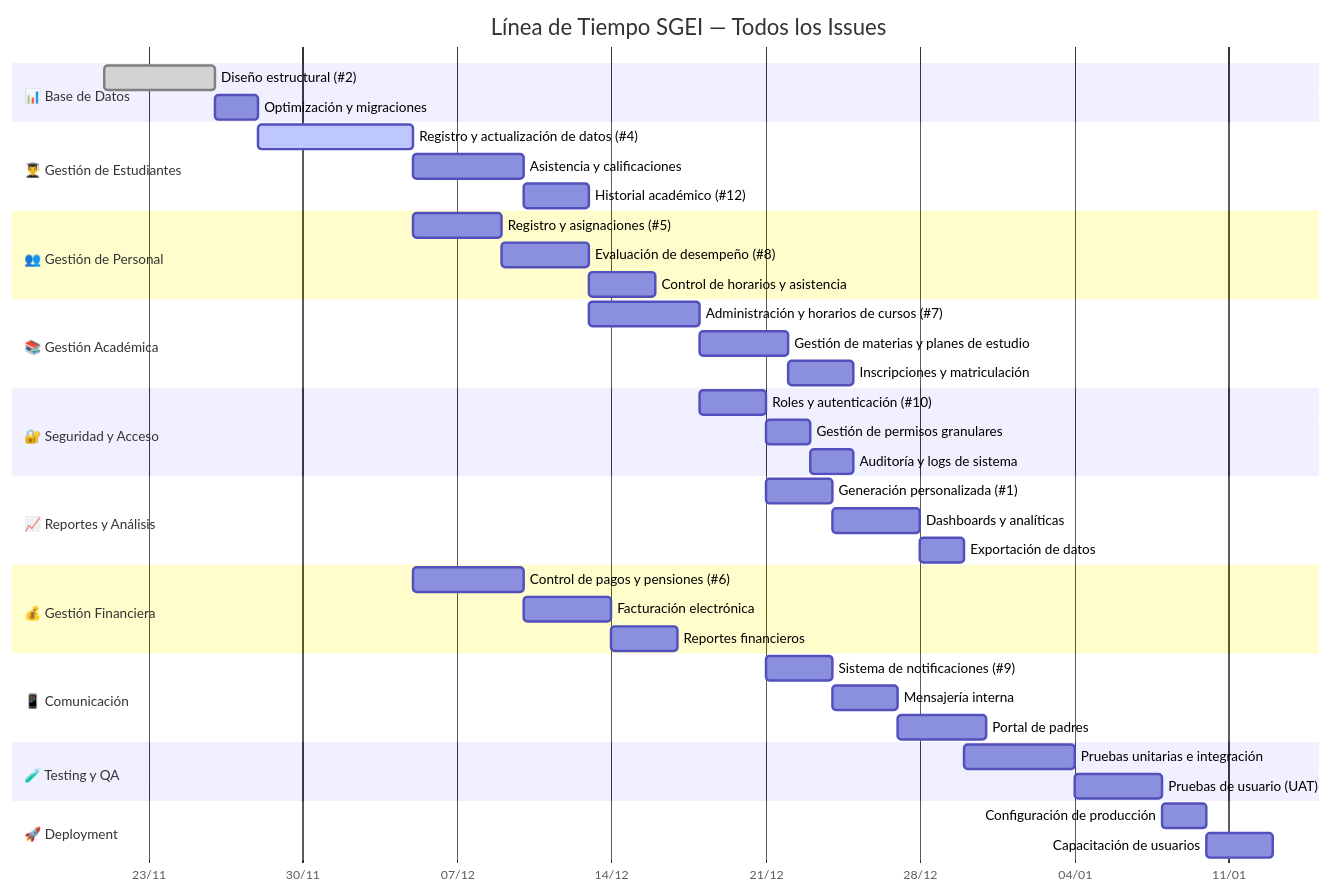
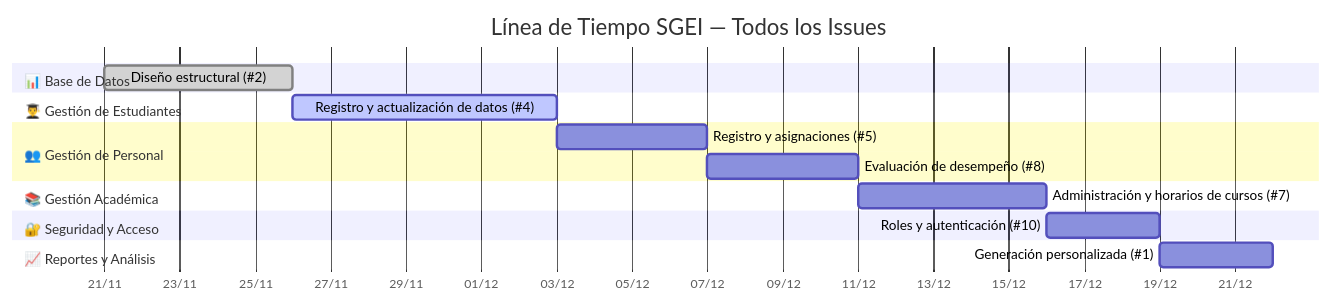
The first of 2 diagrams in timeline.md (CEPE1724/my-app), drawn with Mermaid before and after one commit. The commit also changed other lines of this file, not shown here.

First line of the commit message:
Revise project timeline and issue summaries

````diff
--- a/timeline.md
+++ b/timeline.md
@@ -7,53 +7,25 @@
 ```mermaid
 gantt
     title Línea de Tiempo SGEI — Todos los Issues
     dateFormat  YYYY-MM-DD
     axisFormat  %d/%m
 
     section 📊 Base de Datos
     Diseño estructural (#2)                :done, a1, 2025-11-21, 5d
-    Optimización y migraciones             :a1b, after a1, 2d
 
     section 👨‍🎓 Gestión de Estudiantes
-    Registro y actualización de datos (#4)  :active, a2, after a1b, 7d
-    Asistencia y calificaciones             :a2b, after a2, 5d
-    Historial académico (#12)               :a2c, after a2b, 3d
+    Registro y actualización de datos (#4)  :active, a2, 2025-11-26, 7d
 
     section 👥 Gestión de Personal
-    Registro y asignaciones (#5)            :a3, after a2, 4d
-    Evaluación de desempeño (#8)            :a4, after a3, 4d
-    Control de horarios y asistencia        :a4b, after a4, 3d
+    Registro y asignaciones (#5)            :a3, 2025-12-03, 4d
+    Evaluación de desempeño (#8)            :a4, 2025-12-07, 4d
 
     section 📚 Gestión Académica
-    Administración y horarios de cursos (#7)  :b1, after a4, 5d
-    Gestión de materias y planes de estudio   :b1b, after b1, 4d
-    Inscripciones y matriculación             :b1c, after b1b, 3d
+    Administración y horarios de cursos (#7)  :b1, 2025-12-11, 5d
 
     section 🔐 Seguridad y Acceso
-    Roles y autenticación (#10)             :c1, after b1, 3d
-    Gestión de permisos granulares          :c1b, after c1, 2d
-    Auditoría y logs de sistema             :c1c, after c1b, 2d
+    Roles y autenticación (#10)             :c1, 2025-12-16, 3d
 
     section 📈 Reportes y Análisis
-    Generación personalizada (#1)           :d1, after c1, 3d
-    Dashboards y analíticas                 :d1b, after d1, 4d
-    Exportación de datos                    :d1c, after d1b, 2d
-
-    section 💰 Gestión Financiera
-    Control de pagos y pensiones (#6)       :e1, after a2, 5d
-    Facturación electrónica                 :e1b, after e1, 4d
-    Reportes financieros                    :e1c, after e1b, 3d
-
-    section 📱 Comunicación
-    Sistema de notificaciones (#9)          :f1, after c1, 3d
-    Mensajería interna                      :f1b, after f1, 3d
-    Portal de padres                        :f1c, after f1b, 4d
-
-    section 🧪 Testing y QA
-    Pruebas unitarias e integración         :g1, after d1c, 5d
-    Pruebas de usuario (UAT)                :g1b, after g1, 4d
-
-    section 🚀 Deployment
-    Configuración de producción             :h1, after g1b, 2d
-    Capacitación de usuarios                :h1b, after h1, 3d
+    Generación personalizada (#1)           :d1, 2025-12-19, 3d
 ```
````
